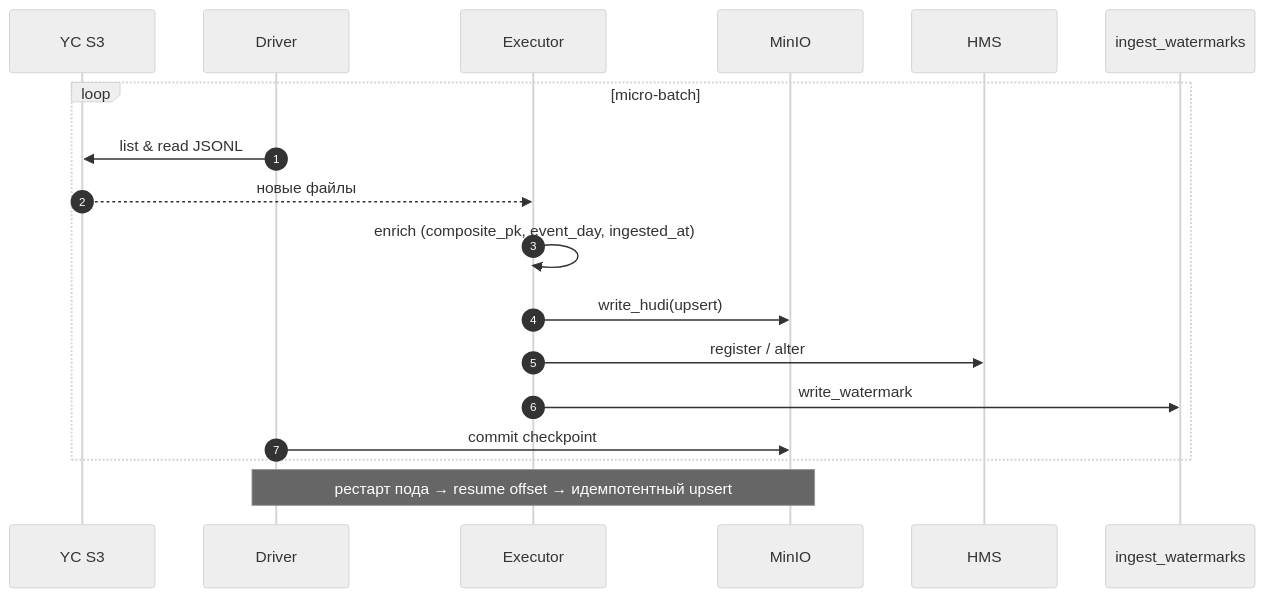
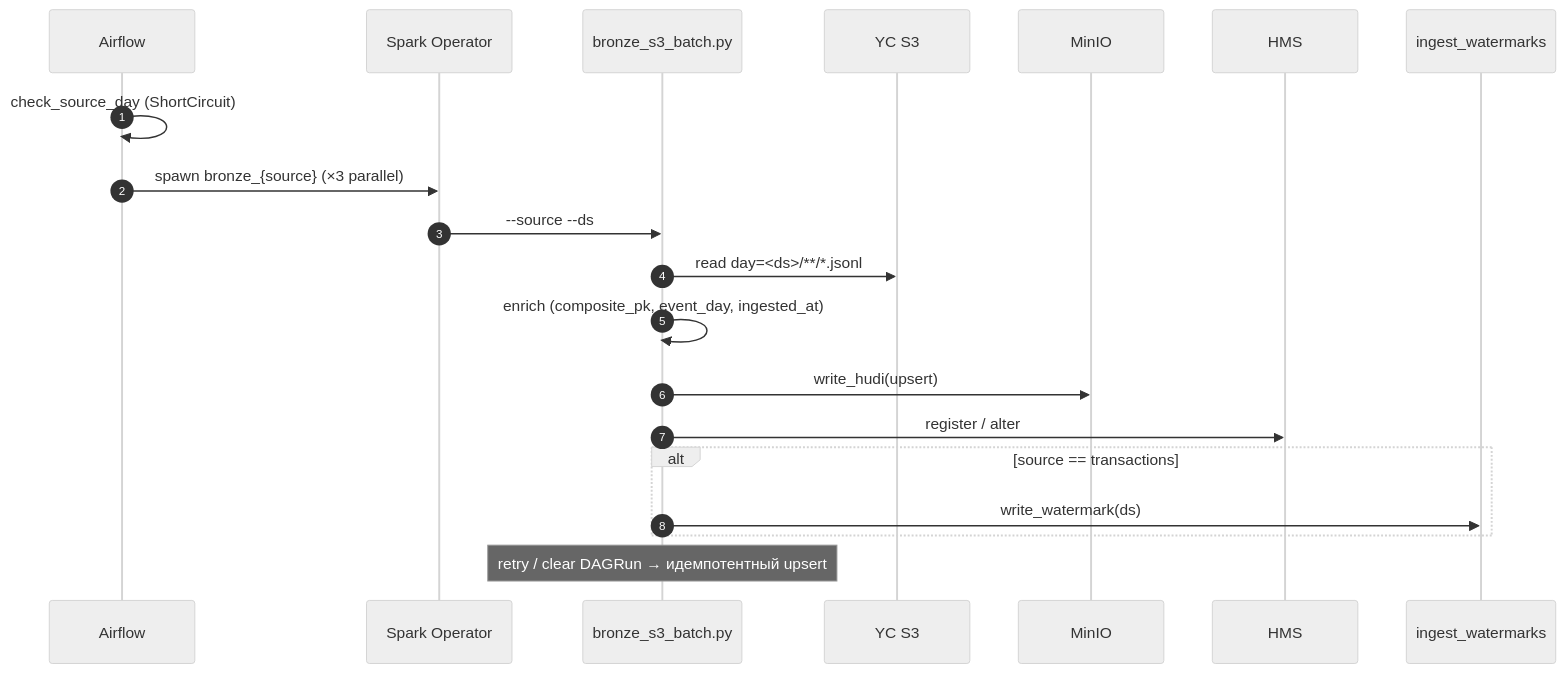
Before and after one commit to Alexey-Samodurov/newprolab-de-lab08: the seventh of 9 diagrams in docs/01-detailed-architecture.md, drawn with Mermaid (neutral theme). The commit also changed other lines of this file and 33 other files, not shown here.

Commit message:
`chore: remove unused code by deleting obsolete Hudi commit utility and Superset dashboard init script`

````diff
--- a/docs/01-detailed-architecture.md
+++ b/docs/01-detailed-architecture.md
@@ -228,21 +254,23 @@
 ```mermaid
 sequenceDiagram
     autonumber
+    participant AF as Airflow
+    participant SO as Spark Operator
+    participant Drv as bronze_s3_batch.py
     participant YC as YC S3
-    participant Drv as Driver
-    participant Exec as Executor
     participant MinIO
     participant HMS
     participant W as ingest_watermarks
 
-    loop micro-batch
-        Drv->>YC: list & read JSONL
-        YC-->>Exec: новые файлы
-        Exec->>Exec: enrich (composite_pk, event_day, ingested_at)
-        Exec->>MinIO: write_hudi(upsert)
-        Exec->>HMS: register / alter
-        Exec->>W: write_watermark
-        Drv->>MinIO: commit checkpoint
+    AF->>AF: check_source_day (ShortCircuit)
+    AF->>SO: spawn bronze_{source} (×3 parallel)
+    SO->>Drv: --source --ds
+    Drv->>YC: read day=<ds>/**/*.jsonl
+    Drv->>Drv: enrich (composite_pk, event_day, ingested_at)
+    Drv->>MinIO: write_hudi(upsert)
+    Drv->>HMS: register / alter
+    alt source == transactions
+        Drv->>W: write_watermark(ds)
     end
-    Note over Drv,MinIO: рестарт пода → resume offset → идемпотентный upsert
+    Note over Drv: retry / clear DAGRun → идемпотентный upsert
 ```
````
